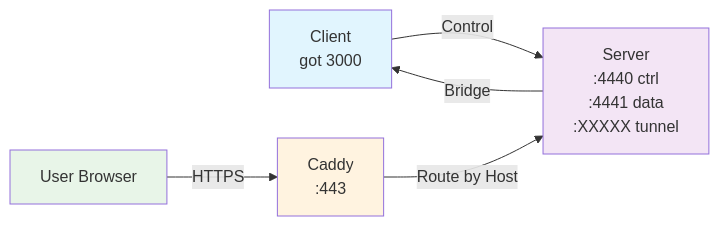
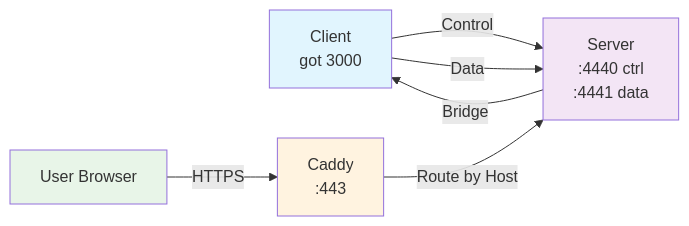
The first of 3 diagrams in README.md (HeyRistaa/got), drawn with Mermaid before and after one commit. The commit also changed 5 other files, not shown here.

````diff
--- a/README.md
+++ b/README.md
@@ -69,12 +69,13 @@
 ```mermaid
 graph LR
-    A[Client<br/>got 3000] -->|Control| B[Server<br/>:4440 ctrl<br/>:4441 data<br/>:XXXXX tunnel]
+    A[Client<br/>got 3000] -->|Control| B[Server<br/>:4440 ctrl<br/>:4441 data]
+    A -->|Data| B
     C[User Browser] -->|HTTPS| D[Caddy<br/>:443]
     D -->|Route by Host| B
     B -->|Bridge| A
     
     style A fill:#e1f5fe
     style B fill:#f3e5f5
     style C fill:#e8f5e8
     style D fill:#fff3e0
 ```
````
